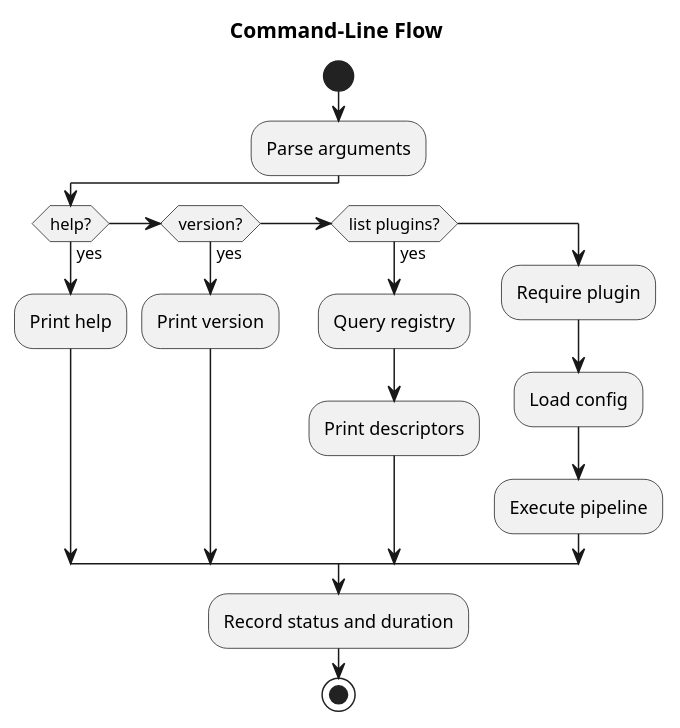
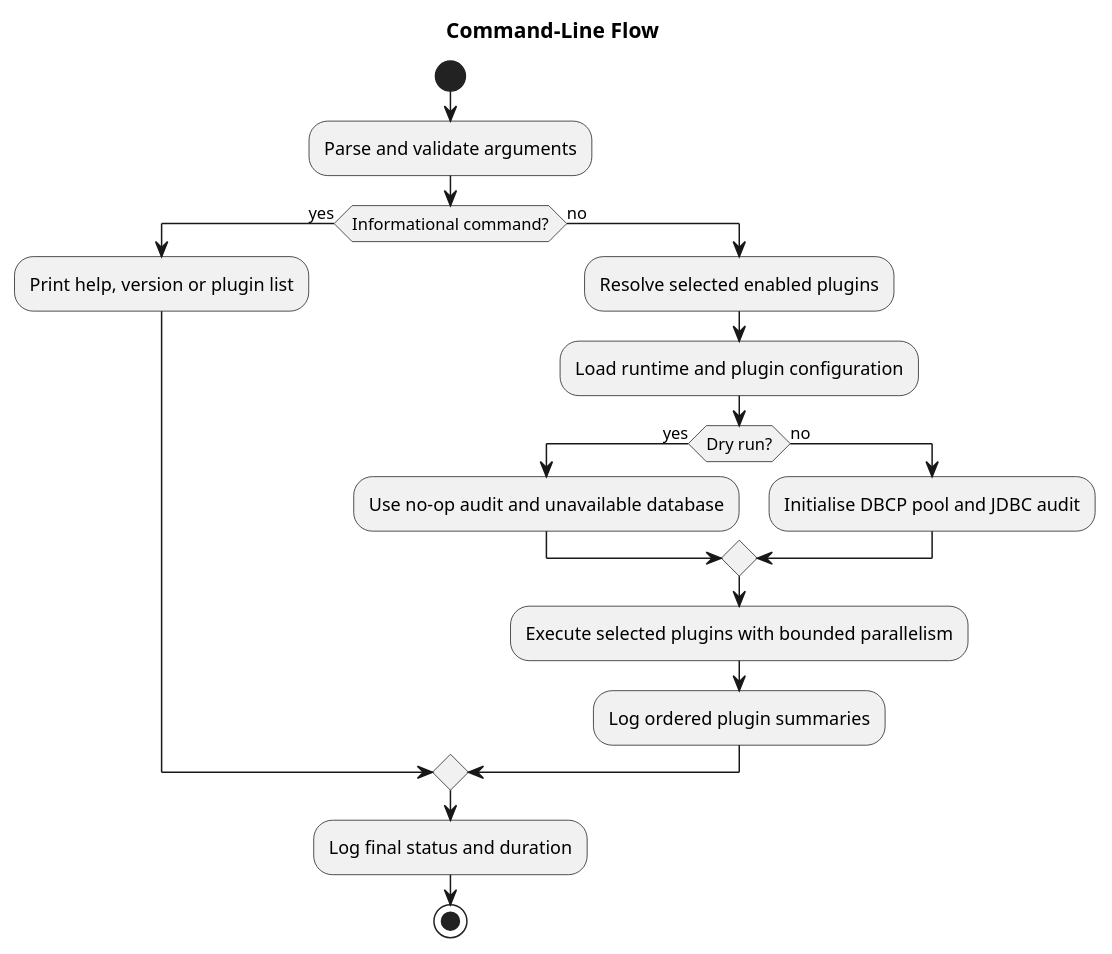
One commit to TerryCurranZellis/OpenData changed the diagram in docs/diagrams/source/command-line-flow.puml. Above: the diagram before and after it, drawn with PlantUML. The commit also changed 292 other files, not shown here.

```diff
--- a/docs/diagrams/source/command-line-flow.puml
+++ b/docs/diagrams/source/command-line-flow.puml
@@ -1,19 +1,20 @@
 @startuml
 title Command-Line Flow
 start
-:Parse arguments;
-if (help?) then (yes)
-:Print help;
-elseif (version?) then (yes)
-:Print version;
-elseif (list plugins?) then (yes)
-:Query registry;
-:Print descriptors;
-else
-:Require plugin;
-:Load config;
-:Execute pipeline;
+:Parse and validate arguments;
+if (Informational command?) then (yes)
+  :Print help, version or plugin list;
+else (no)
+  :Resolve selected enabled plugins;
+  :Load runtime and plugin configuration;
+  if (Dry run?) then (yes)
+    :Use no-op audit and unavailable database;
+  else (no)
+    :Initialise DBCP pool and JDBC audit;
+  endif
+  :Execute selected plugins with bounded parallelism;
+  :Log ordered plugin summaries;
 endif
-:Record status and duration;
+:Log final status and duration;
 stop
 @enduml
```
